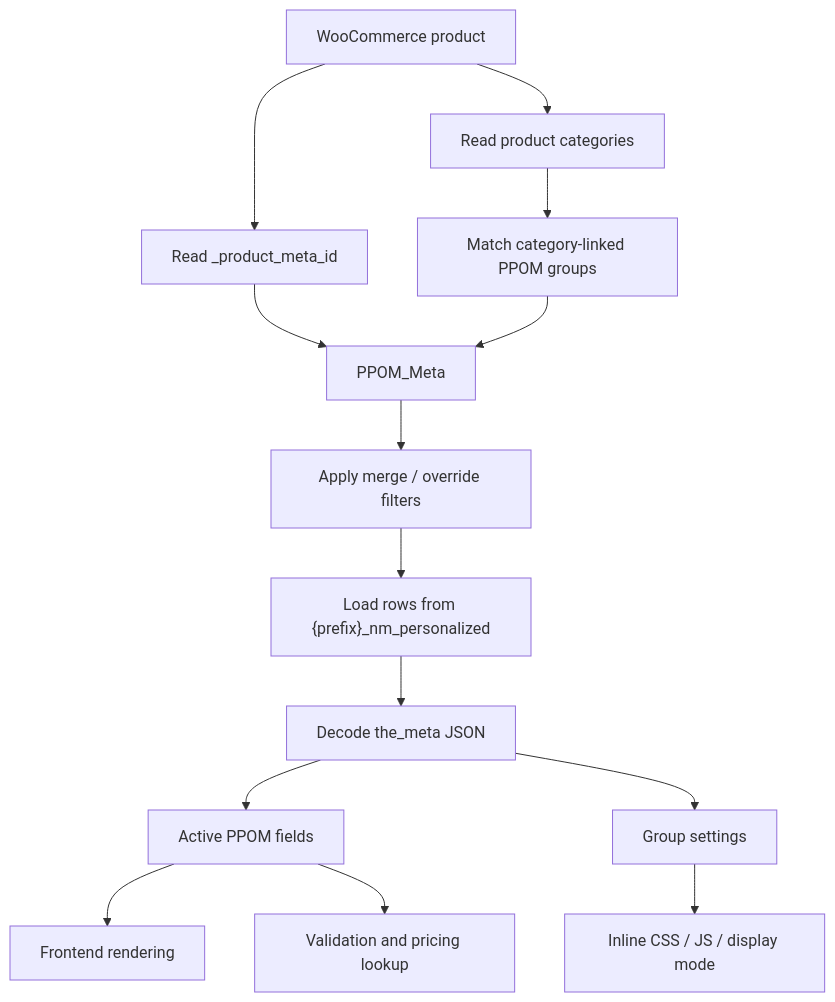
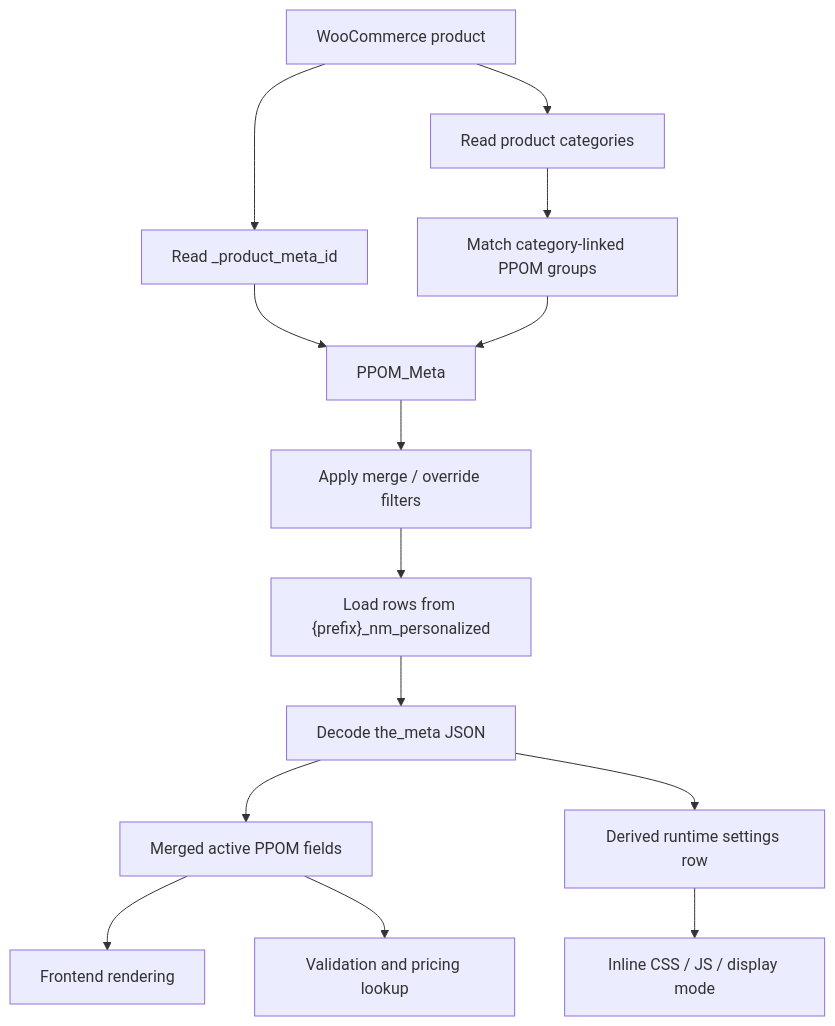
One commit to Codeinwp/woocommerce-product-addon changed the second of 4 diagrams in architecture.md. Above: the diagram before and after it, drawn with Mermaid. The commit also changed other lines of this file and 10 other files, not shown here.

````diff
--- a/architecture.md
+++ b/architecture.md
@@ -109,16 +111,16 @@
 ```mermaid
 flowchart TD
     A["WooCommerce product"] --> B["Read _product_meta_id"]
     A --> C["Read product categories"]
     C --> D["Match category-linked PPOM groups"]
     B --> E["PPOM_Meta"]
     D --> E
     E --> F["Apply merge / override filters"]
     F --> G["Load rows from {prefix}_nm_personalized"]
     G --> H["Decode the_meta JSON"]
-    H --> I["Active PPOM fields"]
-    H --> J["Group settings"]
+    H --> I["Merged active PPOM fields"]
+    H --> J["Derived runtime settings row"]
     I --> K["Frontend rendering"]
     I --> L["Validation and pricing lookup"]
     J --> M["Inline CSS / JS / display mode"]
 ```
````
